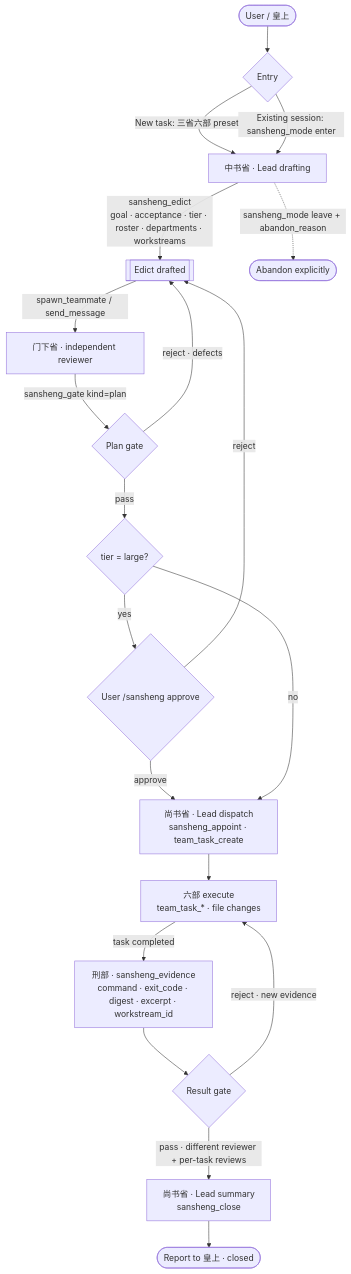
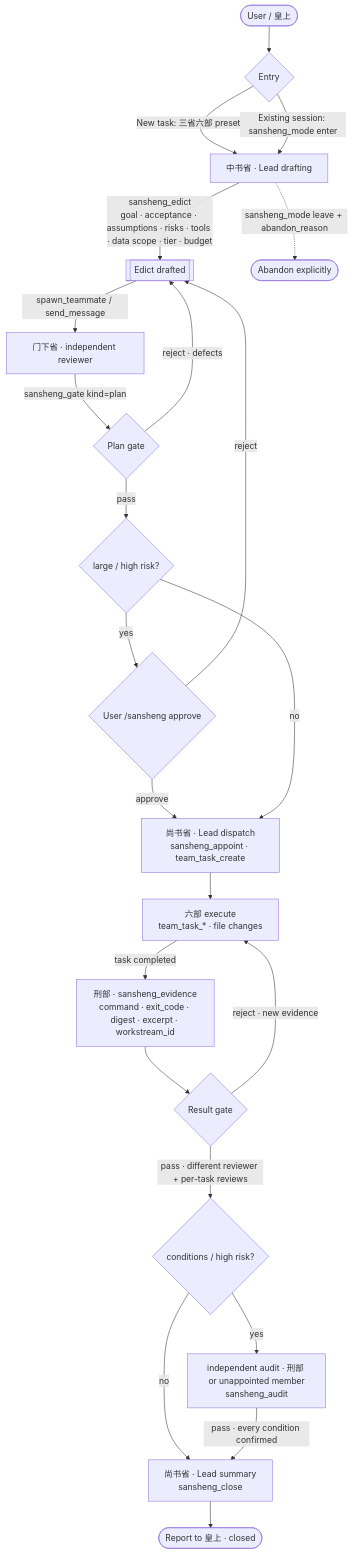
The diagram in README.en.md (matcha-cult/dsh-experimental-sansheng), drawn with Mermaid before and after one commit. The commit also changed other lines of this file and 12 other files, not shown here.

First line of the commit message:
refactor: structured risk, conditional gates, independent audit and role boundaries

````diff
--- a/README.en.md
+++ b/README.en.md
@@ -102,22 +123,25 @@
 ```mermaid
 flowchart TD
     U(["User / 皇上"]) --> ENTRY{"Entry"}
     ENTRY -->|"New task: 三省六部 preset"| ZS["中书省 · Lead drafting"]
     ENTRY -->|"Existing session: sansheng_mode enter"| ZS
-    ZS -->|"sansheng_edict<br/>goal · acceptance · tier · roster · departments · workstreams"| EDICT[["Edict drafted"]]
+    ZS -->|"sansheng_edict<br/>goal · acceptance · assumptions · risks · tools · data scope · tier · budget"| EDICT[["Edict drafted"]]
     EDICT -->|"spawn_teammate / send_message"| REVIEW["门下省 · independent reviewer"]
     REVIEW -->|"sansheng_gate kind=plan"| PG{"Plan gate"}
     PG -->|"reject · defects"| EDICT
-    PG -->|"pass"| LARGE{"tier = large?"}
+    PG -->|"pass"| LARGE{"large / high risk?"}
     LARGE -->|"yes"| HUMAN{"User /sansheng approve"}
     HUMAN -->|"reject"| EDICT
     HUMAN -->|"approve"| SS["尚书省 · Lead dispatch<br/>sansheng_appoint · team_task_create"]
     LARGE -->|"no"| SS
     SS --> EXEC["六部 execute<br/>team_task_* · file changes"]
     EXEC -->|"task completed"| EVID["刑部 · sansheng_evidence<br/>command · exit_code · digest · excerpt · workstream_id"]
     EVID --> RG{"Result gate"}
     RG -->|"reject · new evidence"| EXEC
-    RG -->|"pass · different reviewer + per-task reviews"| CLOSE["尚书省 · Lead summary<br/>sansheng_close"]
+    RG -->|"pass · different reviewer + per-task reviews"| COND{"conditions / high risk?"}
+    COND -->|"yes"| AUDIT["independent audit · 刑部 or unappointed member<br/>sansheng_audit"]
+    COND -->|"no"| CLOSE["尚书省 · Lead summary<br/>sansheng_close"]
+    AUDIT -->|"pass · every condition confirmed"| CLOSE
     CLOSE --> DONE(["Report to 皇上 · closed"])
     ZS -.->|"sansheng_mode leave + abandon_reason"| ABANDON(["Abandon explicitly"])
 ```
````
